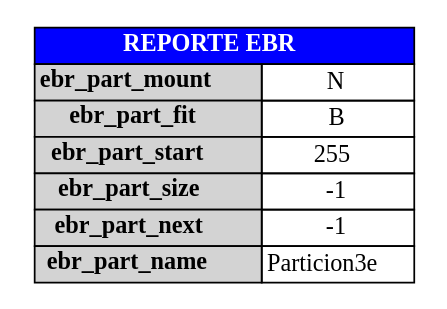
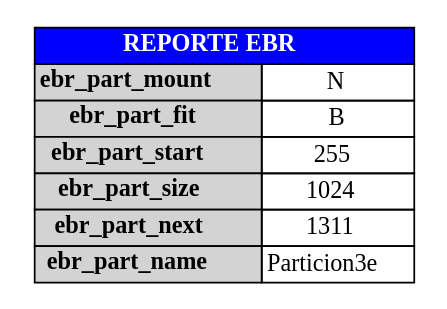
Before and after one commit to AbdielOtzoy/MIA_1S2025_P1_202300350: the diagram in backend/output/report_ebr.dot, drawn with Graphviz. The commit also changed 15 other files, not shown here.

```diff
--- a/backend/output/report_ebr.dot
+++ b/backend/output/report_ebr.dot
@@ -1,12 +1,12 @@
 digraph G {
 		node [shape=plaintext]
 		tabla [label=<
 			<table border="0" cellborder="1" cellspacing="0">
 				<tr><td colspan="2" bgcolor="blue"><font color="white"><b>REPORTE EBR</b></font></td></tr>
 				<tr><td bgcolor="lightgray"><b>ebr_part_mount</b></td><td>N</td></tr>
 				<tr><td bgcolor="lightgray"><b>ebr_part_fit</b></td><td>B</td></tr>
 				<tr><td bgcolor="lightgray"><b>ebr_part_start</b></td><td>255</td></tr>
-				<tr><td bgcolor="lightgray"><b>ebr_part_size</b></td><td>-1</td></tr>
-				<tr><td bgcolor="lightgray"><b>ebr_part_next</b></td><td>-1</td></tr>
+				<tr><td bgcolor="lightgray"><b>ebr_part_size</b></td><td>1024</td></tr>
+				<tr><td bgcolor="lightgray"><b>ebr_part_next</b></td><td>1311</td></tr>
 				<tr><td bgcolor="lightgray"><b>ebr_part_name</b></td><td>Particion3e</td></tr>
 			</table>>] }
```
